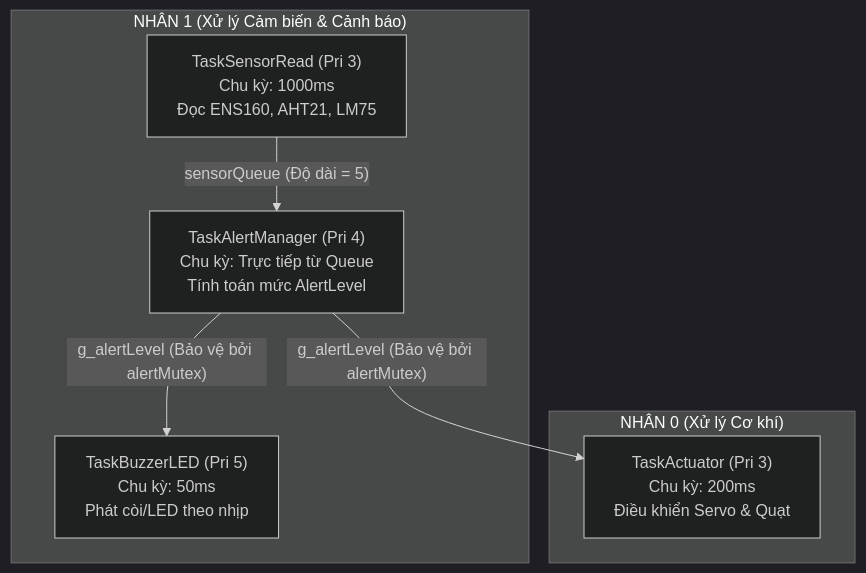
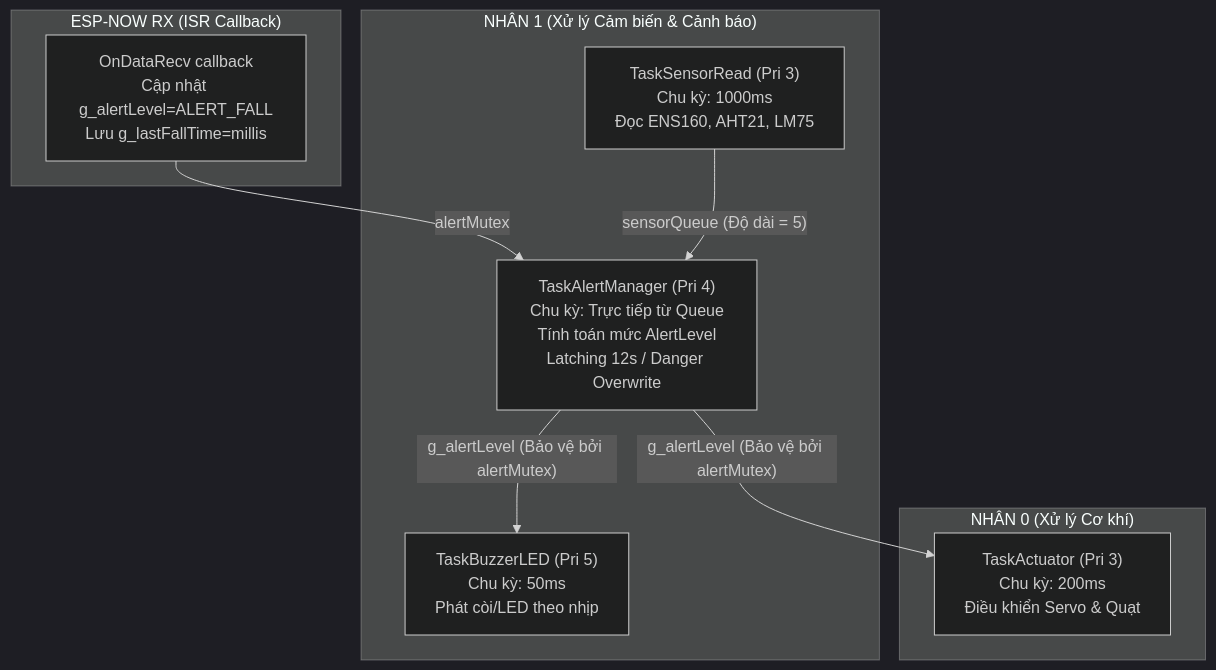
Before and after one commit to DKiet33/MAIN_PROJECT_THAYKIEN_MPU6050_XIAO: the second of 2 diagrams in README.md, drawn with Mermaid (dark theme). The commit also changed other lines of this file and 5 other files, not shown here.

````diff
--- a/README.md
+++ b/README.md
@@ -71,16 +74,21 @@
 ```mermaid
 flowchart TD
+    subgraph ESPNOW["ESP-NOW RX (ISR Callback)"]
+        RECV[OnDataRecv callback\nCập nhật g_alertLevel=ALERT_FALL\nLưu g_lastFallTime=millis]
+    end
+
     subgraph Core_1["NHÂN 1 (Xử lý Cảm biến & Cảnh báo)"]
         T1["TaskSensorRead (Pri 3)\nChu kỳ: 1000ms\nĐọc ENS160, AHT21, LM75"]
-        T2["TaskAlertManager (Pri 4)\nChu kỳ: Trực tiếp từ Queue\nTính toán mức AlertLevel"]
+        T2["TaskAlertManager (Pri 4)\nChu kỳ: Trực tiếp từ Queue\nTính toán mức AlertLevel\nLatching 12s / Danger Overwrite"]
         T3["TaskBuzzerLED (Pri 5)\nChu kỳ: 50ms\nPhát còi/LED theo nhịp"]
     end
 
     subgraph Core_0["NHÂN 0 (Xử lý Cơ khí)"]
         T4["TaskActuator (Pri 3)\nChu kỳ: 200ms\nĐiều khiển Servo & Quạt"]
     end
 
+    RECV -- "alertMutex" --> T2
     T1 -- "sensorQueue (Độ dài = 5)" --> T2
     T2 -- "g_alertLevel (Bảo vệ bởi alertMutex)" --> T3
     T2 -- "g_alertLevel (Bảo vệ bởi alertMutex)" --> T4
 ```
````
